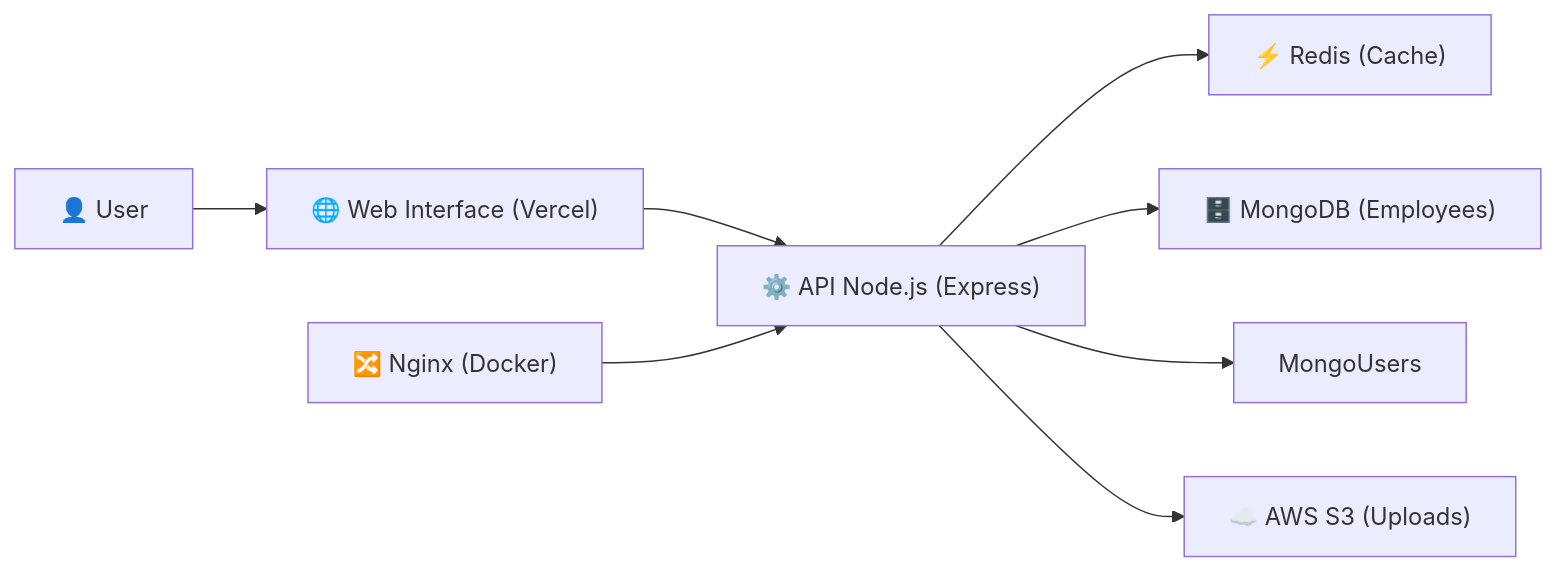
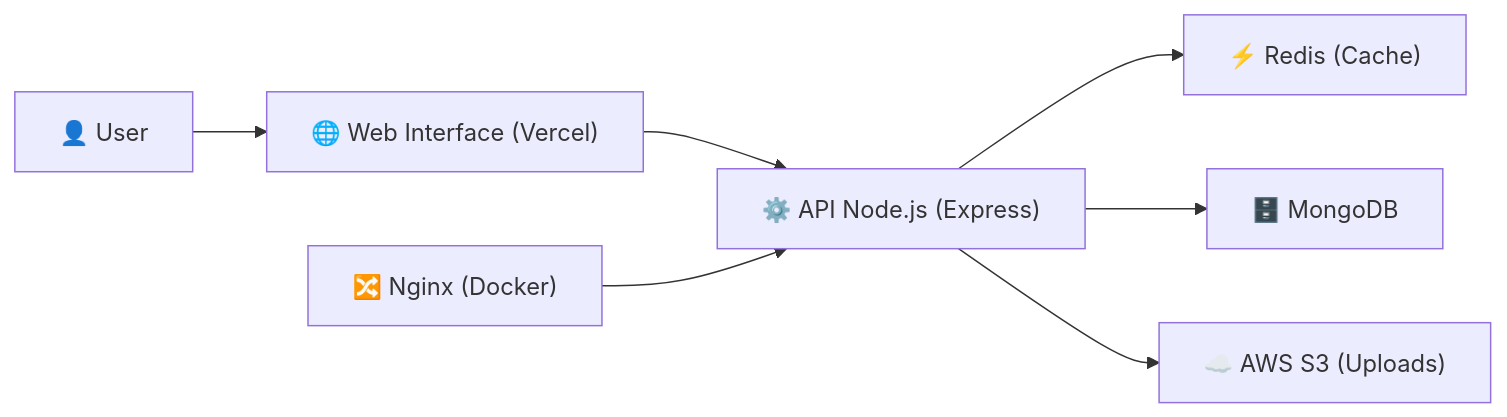
The first of 5 diagrams in README.md (AlanZayon/api-maranguape), drawn with Mermaid before and after one commit.

````diff
--- a/README.md
+++ b/README.md
@@ -9,18 +9,17 @@
 ```mermaid
 flowchart LR
     User["👤 User"]
     Frontend["🌐 Web Interface (Vercel)"]
     API["⚙️ API Node.js (Express)"]
-    MongoFunc["🗄️ MongoDB (Employees)"]
+    MongoFunc["🗄️ MongoDB "]
     Redis["⚡ Redis (Cache)"]
     S3["☁️ AWS S3 (Uploads)"]
     Nginx["🔀 Nginx (Docker)"]
 
     User --> Frontend
     Frontend --> API
     API --> Redis
     API --> MongoFunc
-    API --> MongoUsers
     API --> S3
     Nginx --> API
 ```
````
